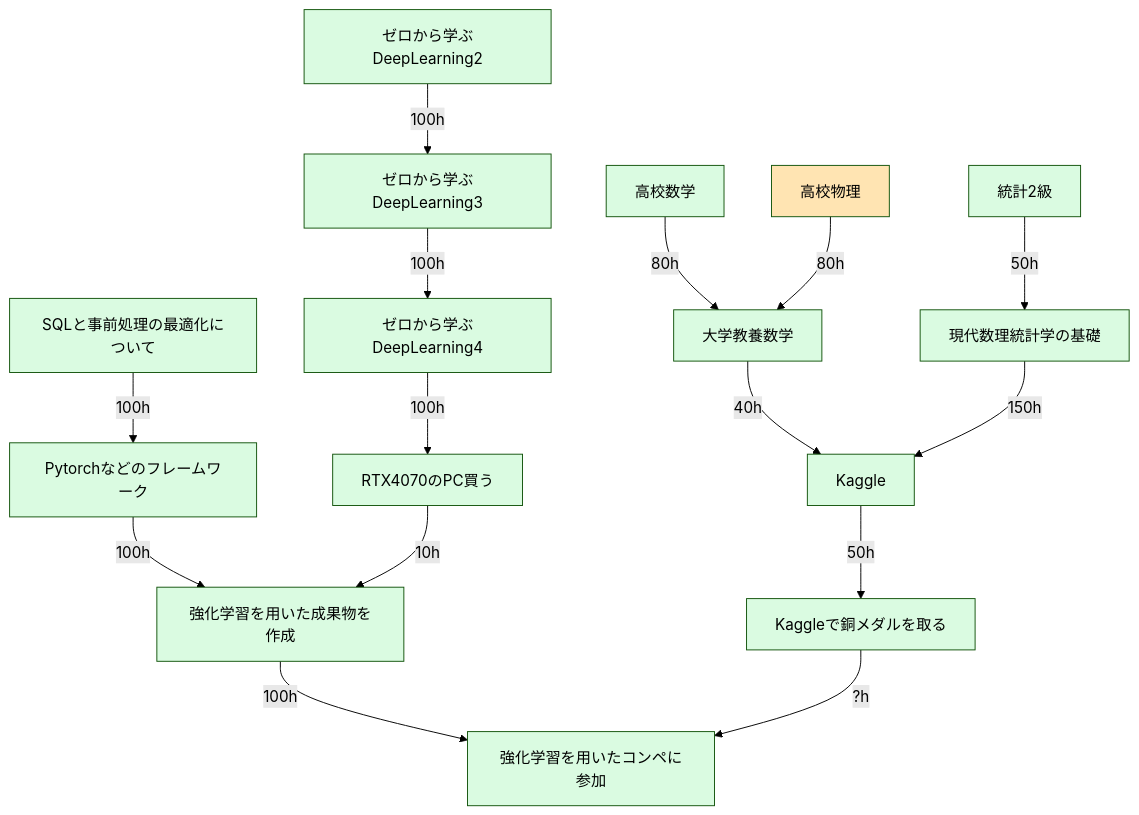
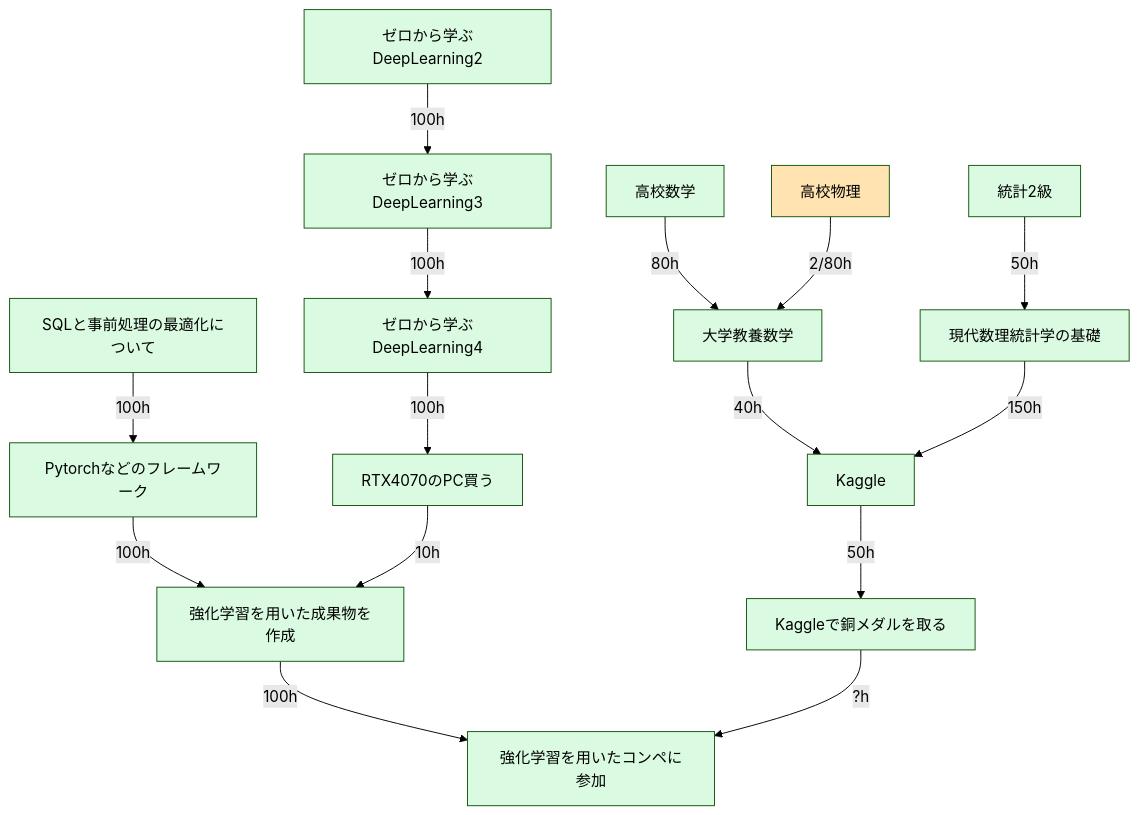
Before and after one commit to Toraneko0101/My_learning: the first of 4 diagrams in tools/learning_path.md, drawn with Mermaid (forest theme). The commit also changed other lines of this file, not shown here.

````diff
--- a/tools/learning_path.md
+++ b/tools/learning_path.md
@@ -32,18 +32,18 @@
 ```mermaid
 graph TD
   classDef todo fill:#dafbe1
   classDef inProgress fill:orange,fill-opacity:0.3
 高校数学:::todo -->|80h| 大学教養数学:::todo -->|40h| Kaggle:::todo
-高校物理:::inProgress -->|80h| 大学教養数学:::todo
+高校物理:::inProgress -->|2/80h| 大学教養数学:::todo
 統計2級:::todo  -->|50h| 現代数理統計学の基礎:::todo
 現代数理統計学の基礎 -->|150h| Kaggle:::todo
 SQLと事前処理の最適化について:::todo -->|100h| Pytorchなどのフレームワーク:::todo
 Pytorchなどのフレームワーク:::todo --> |100h| 強化学習を用いた成果物を作成:::todo
 
 ゼロから学ぶDeepLearning2:::todo --> |100h| ゼロから学ぶDeepLearning3
 ゼロから学ぶDeepLearning3:::todo --> |100h| ゼロから学ぶDeepLearning4
 ゼロから学ぶDeepLearning4:::todo --> |100h| RTX4070のPC買う:::todo　--> |10h| 強化学習を用いた成果物を作成:::todo  --> |100h| 強化学習を用いたコンペに参加:::todo
 Kaggle:::todo --> |50h| Kaggleで銅メダルを取る:::todo --> |?h| 強化学習を用いたコンペに参加:::todo
 
 
 ```
````
